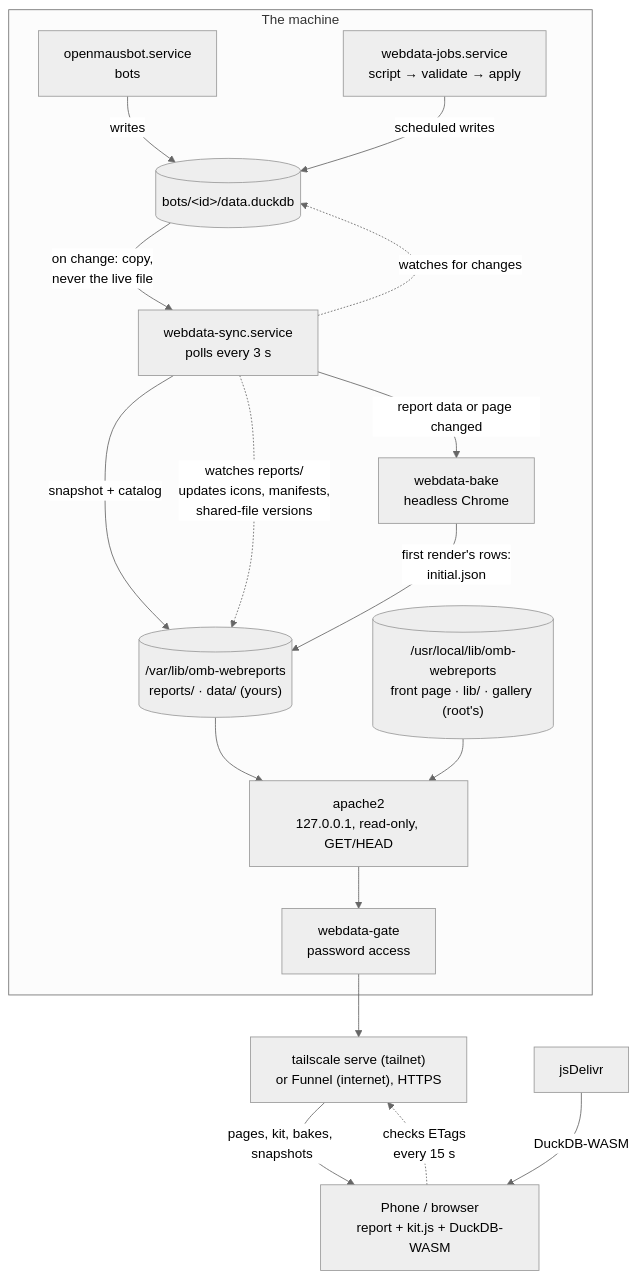
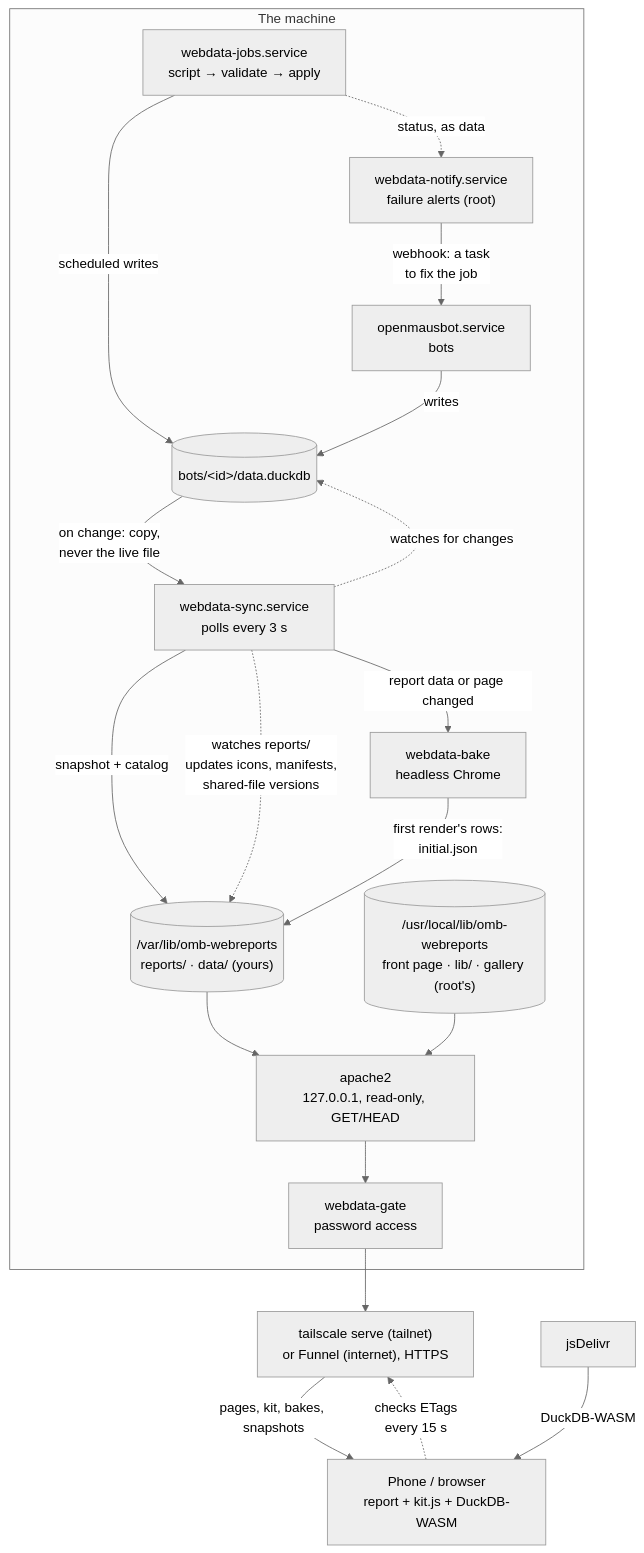
The diagram in docs/architecture.md (ckedwards/omb-webreports), drawn with Mermaid (neutral theme) before and after one commit. The commit also changed other lines of this file and 7 other files, not shown here.

````diff
--- a/docs/architecture.md
+++ b/docs/architecture.md
@@ -5,33 +5,36 @@
 ```mermaid
 flowchart TB
     subgraph machine["The machine"]
         omb["openmausbot.service<br/>bots"]
         jobs["webdata-jobs.service<br/>script → validate → apply"]
         botdb[("bots/#lt;id#gt;/data.duckdb")]
         sync["webdata-sync.service<br/>polls every 3 s"]
         bake["webdata-bake<br/>headless Chrome"]
         content[("/var/lib/omb-webreports<br/>reports/ · data/ (yours)")]
         program[("/usr/local/lib/omb-webreports<br/>front page · lib/ · gallery (root's)")]
         apache["apache2<br/>127.0.0.1, read-only, GET/HEAD"]
         gate["webdata-gate<br/>password access"]
+        notify["webdata-notify.service<br/>failure alerts (root)"]
     end
     ts["tailscale serve (tailnet)<br/>or Funnel (internet), HTTPS"]
     client["Phone / browser<br/>report + kit.js + DuckDB-WASM"]
     cdn["jsDelivr"]
 
     omb -- writes --> botdb
     jobs -- "scheduled writes" --> botdb
     sync -. "watches for changes" .-> botdb
     botdb -- "on change: copy,<br/>never the live file" --> sync
     sync -- "snapshot + catalog" --> content
     sync -. "watches reports/<br/>updates icons, manifests,<br/>shared-file versions" .-> content
     sync -- "report data or page changed" --> bake
     bake -- "first render's rows:<br/>initial.json" --> content
     content --> apache
     program --> apache
     apache --> gate
     gate --> ts
     client -. "checks ETags<br/>every 15 s" .-> ts
     ts -- "pages, kit, bakes, snapshots" --> client
     cdn -- "DuckDB-WASM" --> client
+    jobs -. "status, as data" .-> notify
+    notify -- "webhook: a task<br/>to fix the job" --> omb
 ```
````
